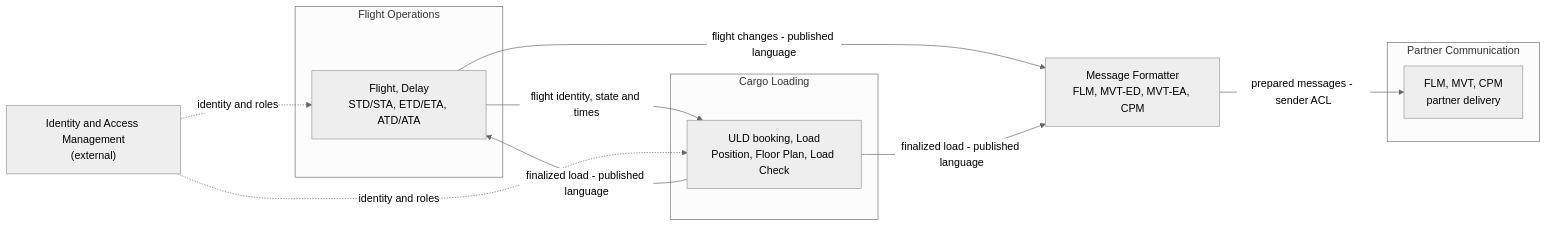
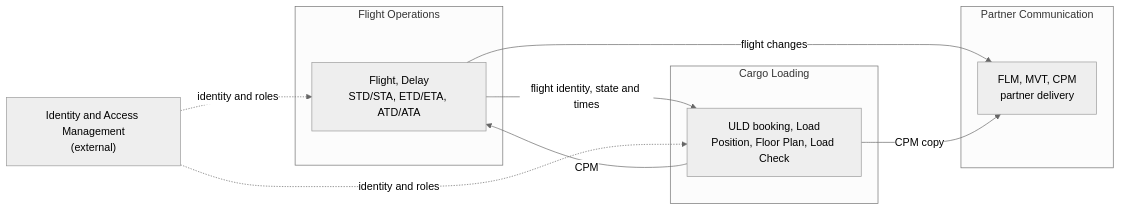
One commit to ebhd/air-freight-operations changed the first of 9 diagrams in architecture/analyse.md. Above: the diagram before and after it, drawn with Mermaid (neutral theme). The commit also changed other lines of this file and 242 other files, not shown here.

First line of the commit message:
Revert "Merge branch 'refactor/split-flight-delays-and-message-formatting' into 'main'"

````diff
--- a/architecture/analyse.md
+++ b/architecture/analyse.md
@@ -18,22 +18,20 @@
 ```mermaid
 flowchart LR
     subgraph FO["Flight Operations"]
         F["Flight, Delay<br/>STD/STA, ETD/ETA, ATD/ATA"]
     end
     subgraph CL["Cargo Loading"]
         C["ULD booking, Load<br/>Position, Floor Plan, Load Check"]
     end
     subgraph PC["Partner Communication"]
         M["FLM, MVT, CPM<br/>partner delivery"]
     end
     IAM["Identity and Access Management<br/>(external)"]
 
     F -->|flight identity, state and times| C
-    MF["Message Formatter<br/>FLM, MVT-ED, MVT-EA, CPM"]
-    F -->|flight changes - published language| MF
-    MF -->|prepared messages - sender ACL| M
-    C -->|finalized load - published language| F
-    C -->|finalized load - published language| MF
+    F -->|flight changes| M
+    C -->|CPM| F
+    C -->|CPM copy| M
     IAM -.->|identity and roles| F
     IAM -.->|identity and roles| C
 ```
````
